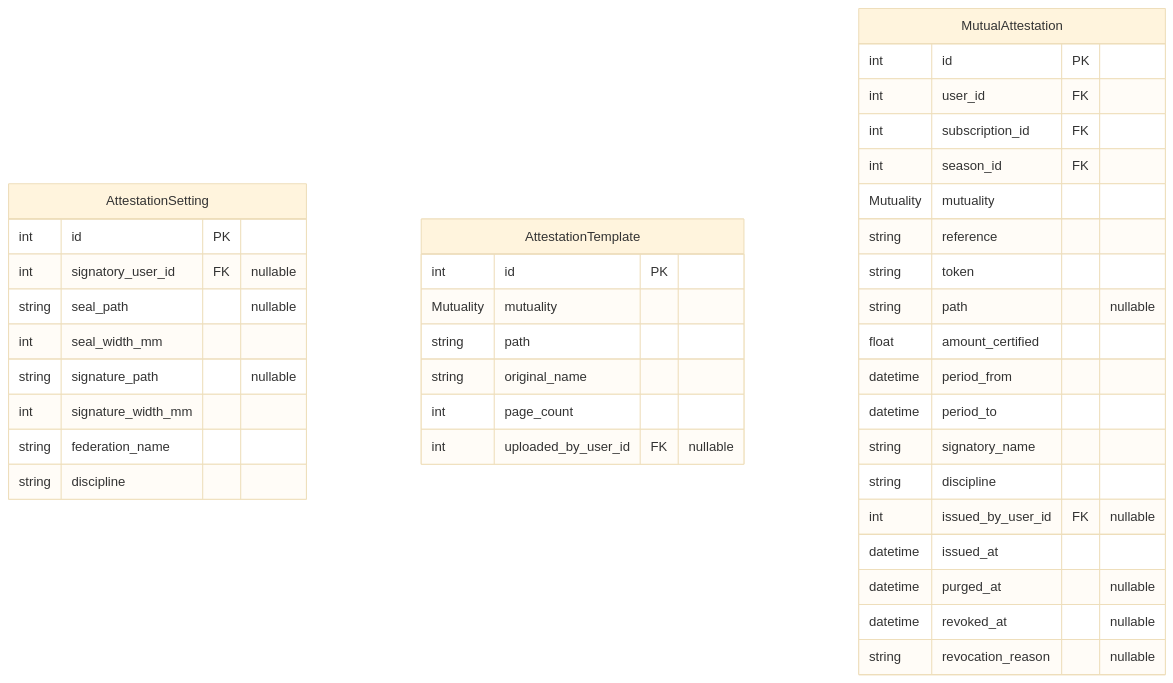
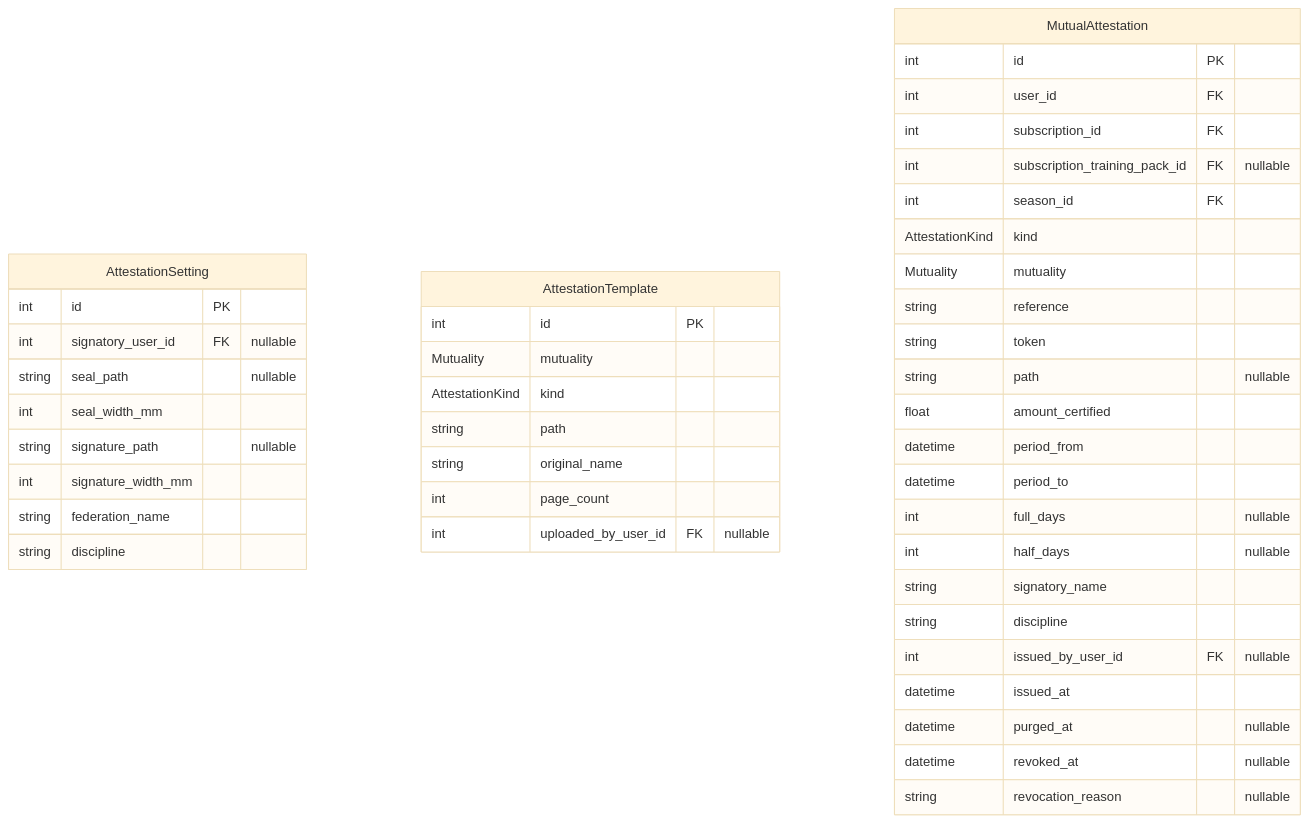
One commit to Paupoo/tabletennisclub-app changed the diagram in docs/erd/clubadmin-subscriptions-attestations.md. Above: the diagram before and after it, drawn with Mermaid (base theme). The commit also changed 8 other files, not shown here.

````diff
--- a/docs/erd/clubadmin-subscriptions-attestations.md
+++ b/docs/erd/clubadmin-subscriptions-attestations.md
@@ -3,42 +3,47 @@
 ```mermaid
 erDiagram
     AttestationSetting {
         int id PK
         int signatory_user_id FK "nullable"
         string seal_path "nullable"
         int seal_width_mm
         string signature_path "nullable"
         int signature_width_mm
         string federation_name
         string discipline
     }
     AttestationTemplate {
         int id PK
         Mutuality mutuality
+        AttestationKind kind
         string path
         string original_name
         int page_count
         int uploaded_by_user_id FK "nullable"
     }
     MutualAttestation {
         int id PK
         int user_id FK
         int subscription_id FK
+        int subscription_training_pack_id FK "nullable"
         int season_id FK
+        AttestationKind kind
         Mutuality mutuality
         string reference
         string token
         string path "nullable"
         float amount_certified
         datetime period_from
         datetime period_to
+        int full_days "nullable"
+        int half_days "nullable"
         string signatory_name
         string discipline
         int issued_by_user_id FK "nullable"
         datetime issued_at
         datetime purged_at "nullable"
         datetime revoked_at "nullable"
         string revocation_reason "nullable"
     }
 
 ```
````
